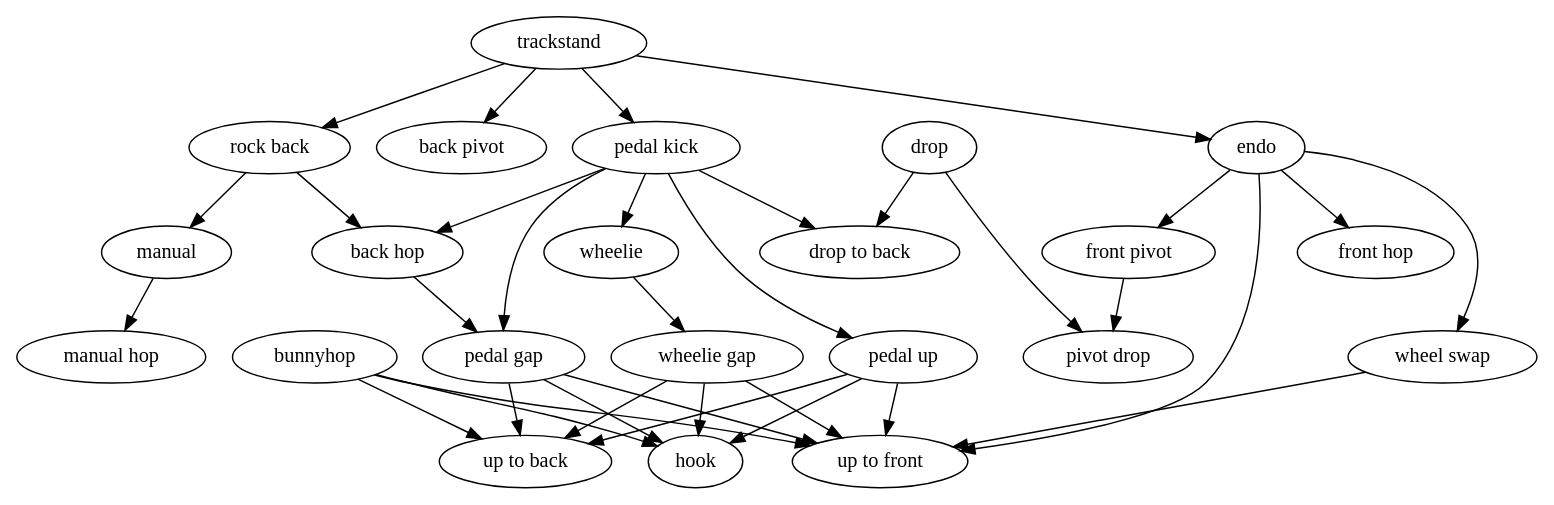
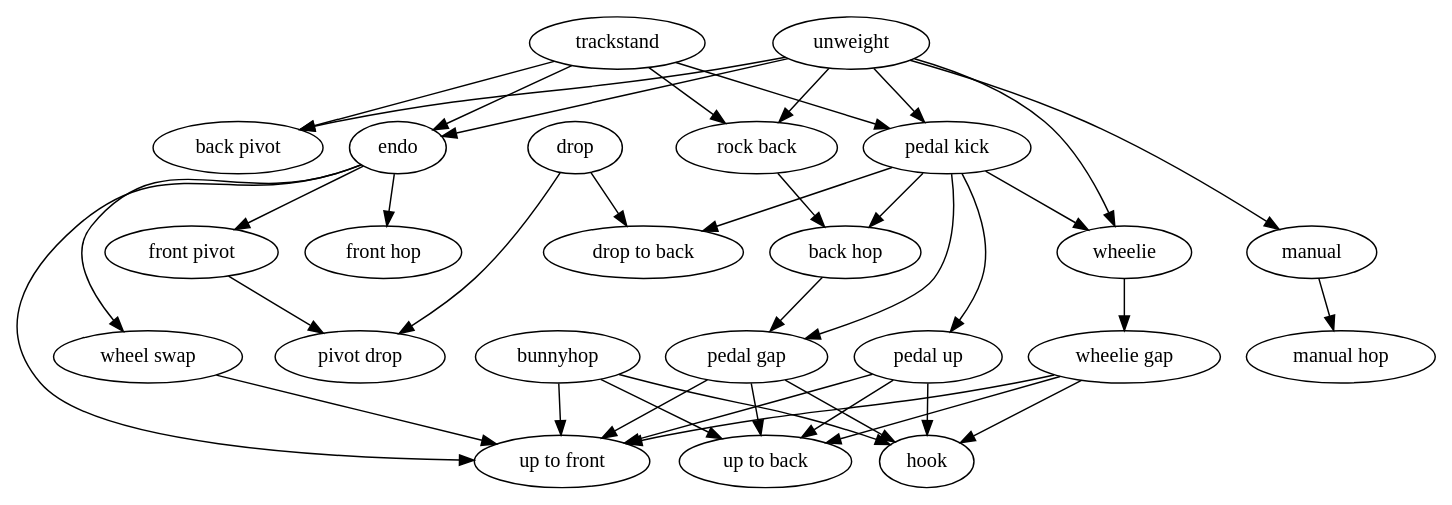
Before and after one commit to Teracis/trials: the diagram in trials_moves.dot, drawn with Graphviz.

Commit message:
feat: added unweight

```diff
--- a/trials_moves.dot
+++ b/trials_moves.dot
@@ -1,49 +1,51 @@
 digraph trials_moves {
   splines="true";
 
   /* Entities */
   # name [id=number???,label="text_to_display",shape="shape_to_display"]
   trackstand    [label="trackstand", shape=""]
   pedal_kick    [label="pedal kick", shape=""]
-  rock_back     [id=0,label="rock back", shape=""]
+  unweight      [label="unweight", shape=""]
+  rock_back     [label="rock back", shape=""]
   back_hop      [label="back hop", shape=""]
   back_pivot    [label="back pivot",shape=""]
   endo          [label="endo", shape=""]
   front_pivot   [label="front pivot", shape=""]
   front_hop     [label="front hop", shape=""]
   drop          [label="drop",shape=""]
   pivot_drop    [label="pivot drop",shape=""]
   drop_to_back  [label="drop to back",shape=""]
   wheelie       [label="wheelie", shape=""]
   manual        [label="manual", shape=""]
   pedal_gap     [label="pedal gap", shape=""] 
   wheelie_gap   [label="wheelie gap", shape=""]
   bunnyhop      [label="bunnyhop", shape=""]
   manual_hop    [label="manual hop", shape=""]
   pedal_up      [label="pedal up", shape=""]
   up_to_back    [label="up to back", shape=""]
   up_to_front   [label="up to front", shape=""]
   hook          [label="hook", shape=""]
   wheel_swap    [label="wheel swap", shape=""]
 
   /* Relationships */
   # source -> target[label="edge_label"]
   trackstand    -> pedal_kick,rock_back,endo,back_pivot
+  unweight      -> pedal_kick,rock_back,endo,back_pivot,wheelie,manual
   pedal_kick    -> back_hop,drop_to_back,wheelie,pedal_gap,pedal_up
-  rock_back     -> back_hop,manual
+  rock_back     -> back_hop
   back_hop      -> pedal_gap
   wheelie       -> wheelie_gap
   manual        -> manual_hop
   endo          -> front_pivot,front_hop,up_to_front,wheel_swap
   front_pivot   -> pivot_drop
   drop          -> pivot_drop,drop_to_back
   wheel_swap    -> up_to_front
   pedal_up,bunnyhop,pedal_gap,wheelie_gap      -> up_to_back,up_to_front,hook
   
 
 
   /* Ranks */
   # { rank=same; entity1;entity2;entity3; };
   { rank=same; pedal_up;bunnyhop; };
   { rank=same; manual;wheelie; };
 }
```
